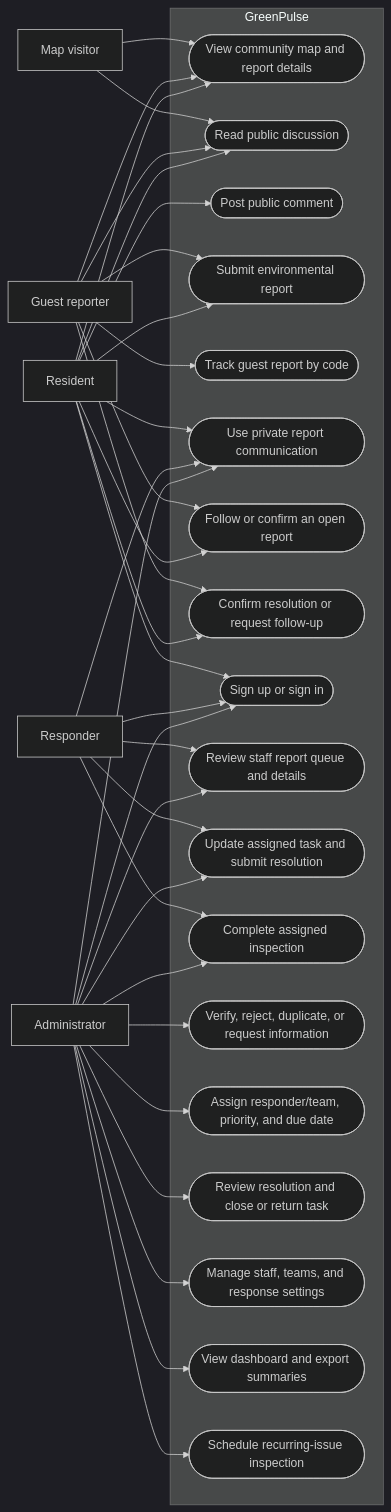
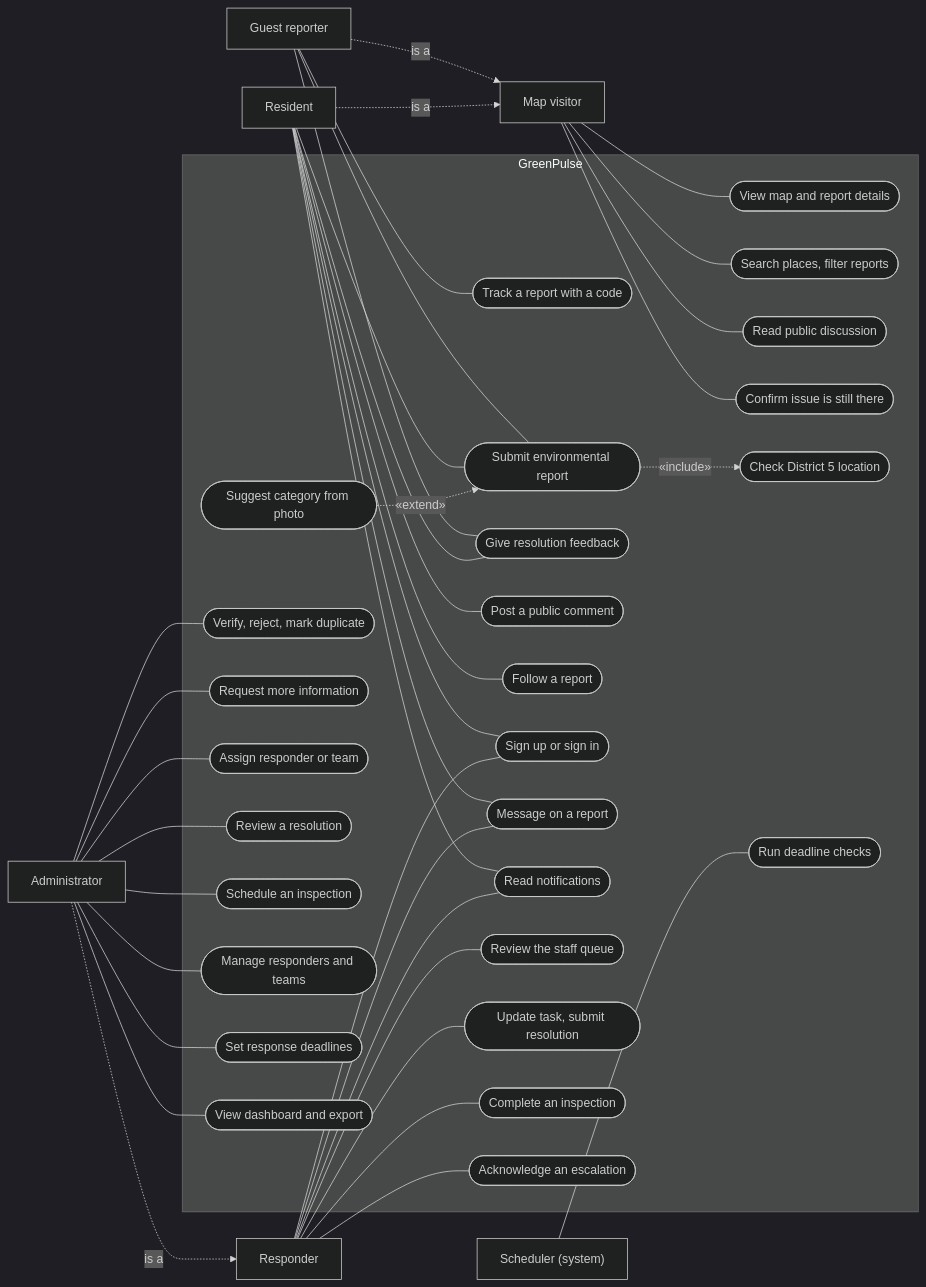
The second of 7 diagrams in docs/system-design.md (K2devv/GreenPulse), drawn with Mermaid (dark theme) before and after one commit. The commit also changed other lines of this file and 36 other files, not shown here.

````diff
--- a/docs/system-design.md
+++ b/docs/system-design.md
@@ -26,62 +64,52 @@
 ```mermaid
 flowchart LR
-  Guest[Guest reporter]
-  Resident[Resident]
-  Responder[Responder]
-  Admin[Administrator]
-  Visitor[Map visitor]
+  Visitor["Map visitor"]
+  Guest["Guest reporter"]
+  Resident["Resident"]
+  Responder["Responder"]
+  Admin["Administrator"]
+  Scheduler["Scheduler (system)"]
 
-  subgraph GP[GreenPulse]
-    UCMap([View community map and report details])
-    UCDiscuss([Read public discussion])
-    UCComment([Post public comment])
-    UCSubmit([Submit environmental report])
-    UCTrack([Track guest report by code])
-    UCPrivate([Use private report communication])
-    UCFollow([Follow or confirm an open report])
-    UCFeedback([Confirm resolution or request follow-up])
-    UCAuth([Sign up or sign in])
-    UCQueue([Review staff report queue and details])
-    UCWork([Update assigned task and submit resolution])
-    UCInspection([Complete assigned inspection])
-    UCVerify([Verify, reject, duplicate, or request information])
-    UCAssign([Assign responder/team, priority, and due date])
-    UCReview([Review resolution and close or return task])
-    UCAdmin([Manage staff, teams, and response settings])
-    UCAnalyze([View dashboard and export summaries])
-    UCHotspot([Schedule recurring-issue inspection])
+  subgraph GP["GreenPulse"]
+    UC1(["View map and report details"])
+    UC2(["Search places, filter reports"])
+    UC3(["Read public discussion"])
+    UC4(["Confirm issue is still there"])
+    UC5(["Track a report with a code"])
+    UC6(["Submit environmental report"])
+    UC7(["Give resolution feedback"])
+    UC8(["Post a public comment"])
+    UC9(["Follow a report"])
+    UC10(["Check District 5 location"])
+    UC11(["Suggest category from photo"])
+    UC12(["Sign up or sign in"])
+    UC13(["Message on a report"])
+    UC14(["Read notifications"])
+    UC15(["Review the staff queue"])
+    UC16(["Update task, submit resolution"])
+    UC17(["Complete an inspection"])
+    UC18(["Acknowledge an escalation"])
+    UC19(["Verify, reject, mark duplicate"])
+    UC20(["Request more information"])
+    UC21(["Assign responder or team"])
+    UC22(["Review a resolution"])
+    UC23(["Schedule an inspection"])
+    UC24(["Manage responders and teams"])
+    UC25(["Set response deadlines"])
+    UC26(["View dashboard and export"])
+    UC27(["Run deadline checks"])
   end
 
-  Visitor --> UCMap
-  Visitor --> UCDiscuss
-  Guest --> UCMap
-  Guest --> UCDiscuss
-  Guest --> UCSubmit
-  Guest --> UCTrack
-  Guest --> UCFollow
-  Guest --> UCFeedback
-  Resident --> UCAuth
-  Resident --> UCMap
-  Resident --> UCDiscuss
-  Resident --> UCComment
-  Resident --> UCSubmit
-  Resident --> UCPrivate
-  Resident --> UCFollow
-  Resident --> UCFeedback
-  Responder --> UCAuth
-  Responder --> UCQueue
-  Responder --> UCWork
-  Responder --> UCInspection
-  Responder --> UCPrivate
-  Admin --> UCAuth
-  Admin --> UCQueue
-  Admin --> UCVerify
-  Admin --> UCAssign
-  Admin --> UCReview
-  Admin --> UCAdmin
-  Admin --> UCAnalyze
-  Admin --> UCHotspot
-  Admin --> UCWork
-  Admin --> UCPrivate
-  Admin --> UCInspection
+  Guest -.->|is a| Visitor
+  Resident -.->|is a| Visitor
+  Admin -.->|is a| Responder
+
+  Visitor --- UC1 & UC2 & UC3 & UC4
+  Guest --- UC5 & UC6 & UC7
+  Resident --- UC6 & UC7 & UC8 & UC9 & UC12 & UC13 & UC14
+  Responder --- UC12 & UC13 & UC14 & UC15 & UC16 & UC17 & UC18
+  Admin --- UC19 & UC20 & UC21 & UC22 & UC23 & UC24 & UC25 & UC26
+  Scheduler --- UC27
+  UC6 -.->|«include»| UC10
+  UC11 -.->|«extend»| UC6
 ```
````
